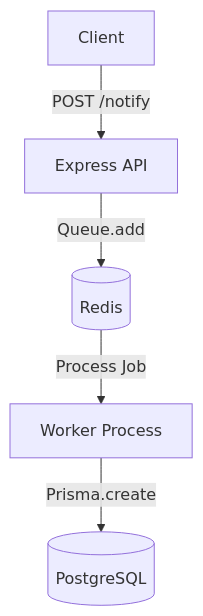
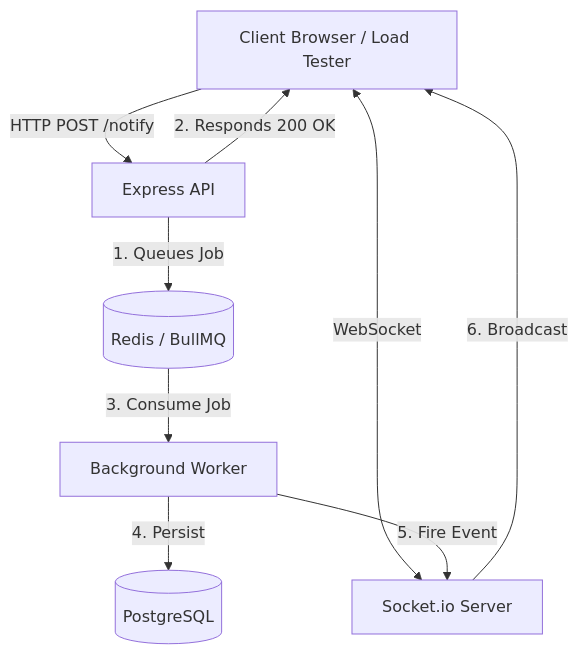
The diagram in README.md (Godspowerj/realtime-notification-system), drawn with Mermaid before and after one commit. The commit also changed other lines of this file and 7 other files, not shown here.

Commit message:
feat: implement load testing and senior-level system design architecture

````diff
--- a/README.md
+++ b/README.md
@@ -23,7 +11,13 @@
 ```mermaid
 graph TD
-    Client -->|POST /notify| API[Express API]
-    API -->|Queue.add| Redis[(Redis)]
-    Redis -->|Process Job| Worker[Worker Process]
-    Worker -->|Prisma.create| Postgres[(PostgreSQL)]
+    Client[Client Browser / Load Tester] -->|HTTP POST /notify| API[Express API]
+    Client <-->|WebSocket| SocketIO[Socket.io Server]
+    
+    API -->|1. Queues Job| Redis[(Redis / BullMQ)]
+    API -->|2. Responds 200 OK| Client
+    
+    Redis -->|3. Consume Job| Worker[Background Worker]
+    Worker -->|4. Persist| Postgres[(PostgreSQL)]
+    Worker -->|5. Fire Event| SocketIO
+    SocketIO -->|6. Broadcast| Client
 ```
````
